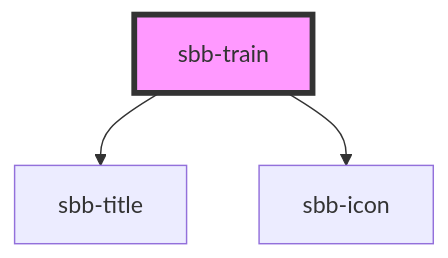
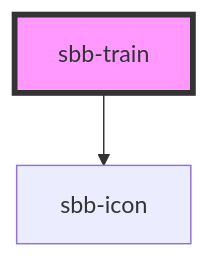
Before and after one commit to sbb-design-systems/lyne-components: the diagram in src/components/sbb-train/readme.md, drawn with Mermaid. The commit also changed other lines of this file and 4 other files, not shown here.

````diff
--- a/src/components/sbb-train/readme.md
+++ b/src/components/sbb-train/readme.md
@@ -50,6 +49,5 @@
 ```mermaid
 graph TD;
-  sbb-train --> sbb-title
   sbb-train --> sbb-icon
   style sbb-train fill:#f9f,stroke:#333,stroke-width:4px
 ```
````
